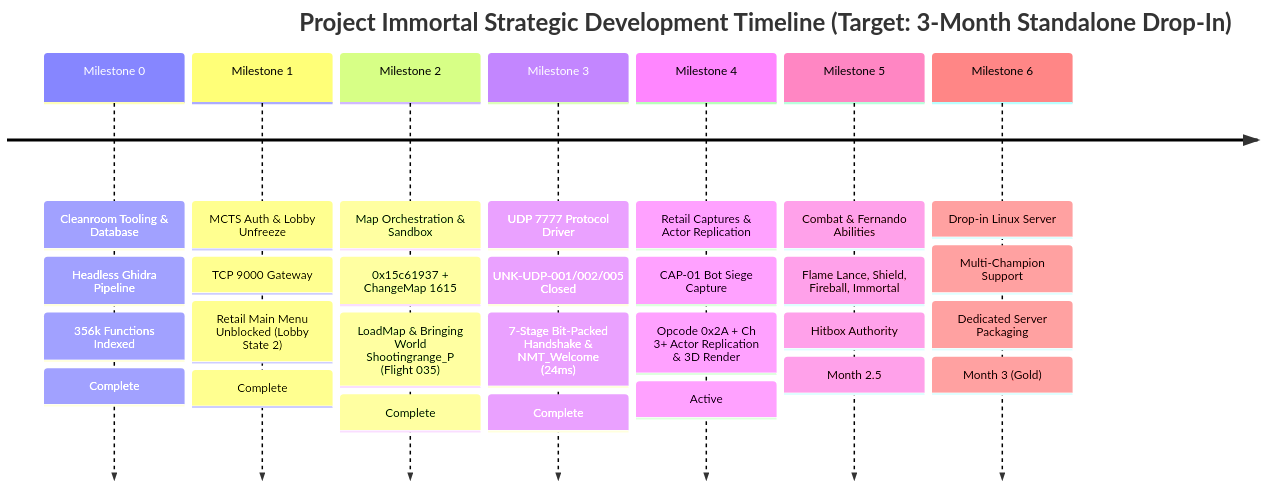
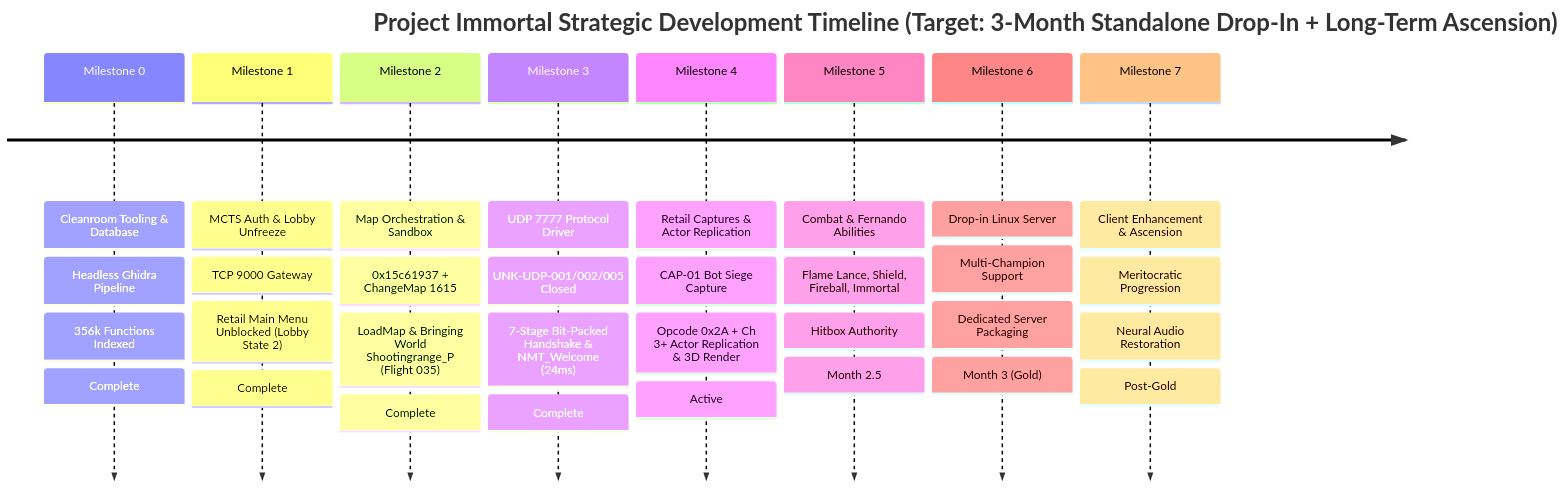
The second of 2 diagrams in docs/specs/ROADMAP.md (project-immortal/immortal), drawn with Mermaid before and after one commit. The commit also changed other lines of this file and 1 other file, not shown here.

Commit message:
docs(specs): formalize Milestone 7 client enhancement vision, progression architecture, and CAP-03 blind test matrix

````diff
--- a/docs/specs/ROADMAP.md
+++ b/docs/specs/ROADMAP.md
@@ -68,11 +68,12 @@
 ```mermaid
 timeline
-    title Project Immortal Strategic Development Timeline (Target: 3-Month Standalone Drop-In)
+    title Project Immortal Strategic Development Timeline (Target: 3-Month Standalone Drop-In + Long-Term Ascension)
     Milestone 0 : Cleanroom Tooling & Database : Headless Ghidra Pipeline : 356k Functions Indexed : Complete
     Milestone 1 : MCTS Auth & Lobby Unfreeze : TCP 9000 Gateway : Retail Main Menu Unblocked (Lobby State 2) : Complete
     Milestone 2 : Map Orchestration & Sandbox : 0x15c61937 + ChangeMap 1615 : LoadMap & Bringing World Shootingrange_P (Flight 035) : Complete
     Milestone 3 : UDP 7777 Protocol Driver : UNK-UDP-001/002/005 Closed : 7-Stage Bit-Packed Handshake & NMT_Welcome (24ms) : Complete
     Milestone 4 : Retail Captures & Actor Replication : CAP-01 Bot Siege Capture : Opcode 0x2A + Ch 3+ Actor Replication & 3D Render : Active
     Milestone 5 : Combat & Fernando Abilities : Flame Lance, Shield, Fireball, Immortal : Hitbox Authority : Month 2.5
     Milestone 6 : Drop-in Linux Server : Multi-Champion Support : Dedicated Server Packaging : Month 3 (Gold)
+    Milestone 7 : Client Enhancement & Ascension : Meritocratic Progression : Neural Audio Restoration : Post-Gold
 ```
````
